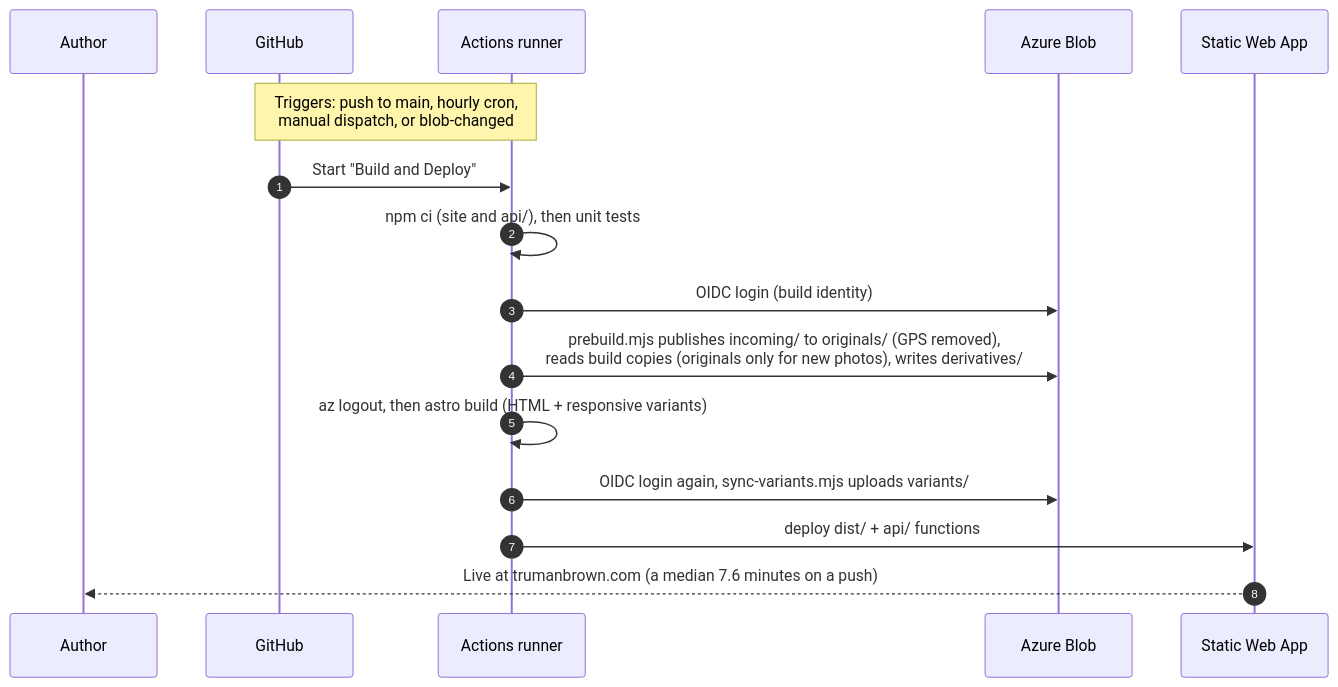
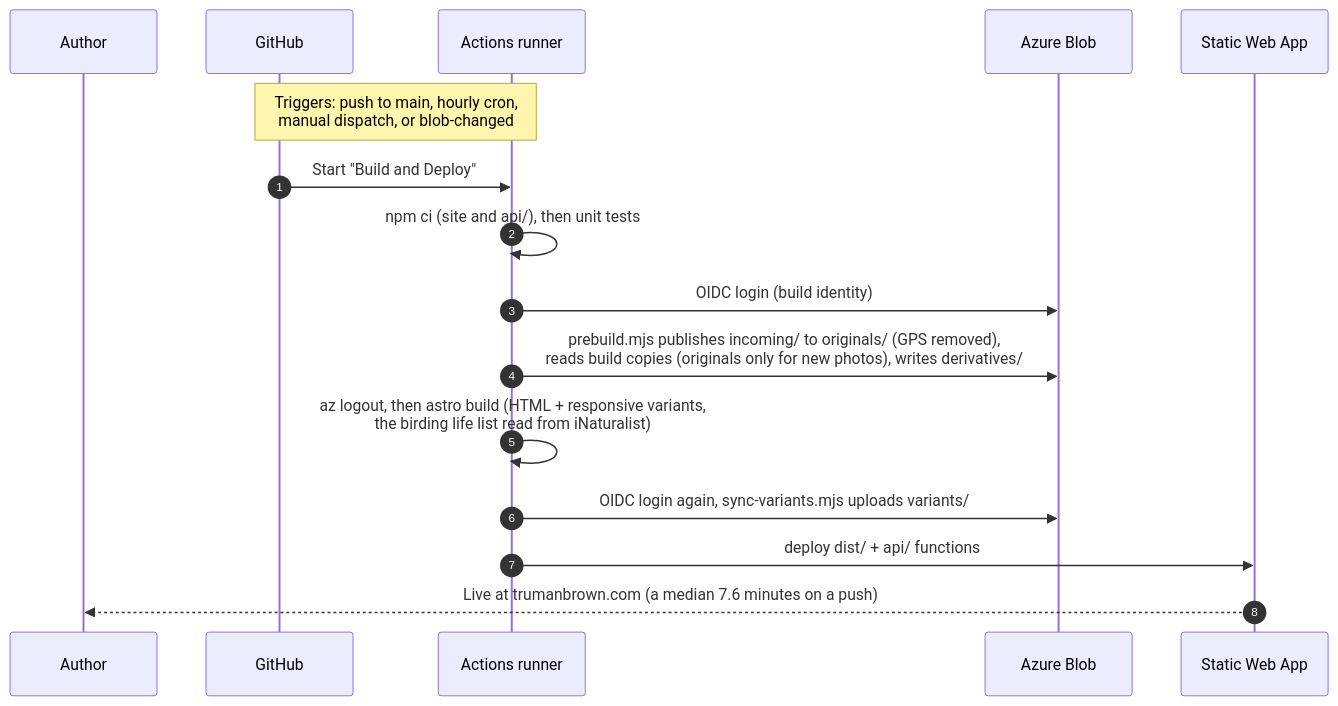
One commit to TrumanBrown/photography-website changed the second of 3 diagrams in docs/architecture.md. Above: the diagram before and after it, drawn with Mermaid. The commit also changed other lines of this file and 17 other files, not shown here.

First line of the commit message:
Birding life list comes with the page and shows all 242 species in real italics

````diff
--- a/docs/architecture.md
+++ b/docs/architecture.md
@@ -170,18 +171,18 @@
 ```mermaid
 sequenceDiagram
     autonumber
     participant Dev as Author
     participant GH as GitHub
     participant GA as Actions runner
     participant AZ as Azure Blob
     participant SWA as Static Web App
     Note over GH,GA: Triggers: push to main, hourly cron,<br/>manual dispatch, or blob-changed
     GH->>GA: Start "Build and Deploy"
     GA->>GA: npm ci (site and api/), then unit tests
     GA->>AZ: OIDC login (build identity)
     GA->>AZ: prebuild.mjs publishes incoming/ to originals/ (GPS removed),<br/>reads build copies (originals only for new photos), writes derivatives/
-    GA->>GA: az logout, then astro build (HTML + responsive variants)
+    GA->>GA: az logout, then astro build (HTML + responsive variants,<br/>the birding life list read from iNaturalist)
     GA->>AZ: OIDC login again, sync-variants.mjs uploads variants/
     GA->>SWA: deploy dist/ + api/ functions
     SWA-->>Dev: Live at trumanbrown.com (a median 7.6 minutes on a push)
 ```
````
